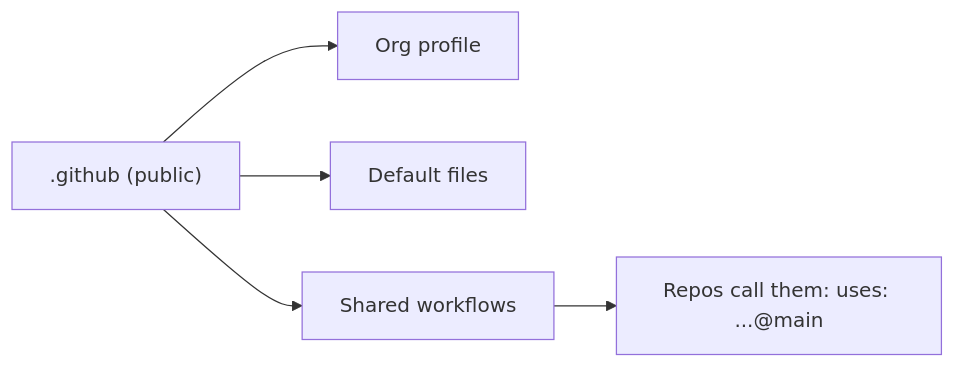
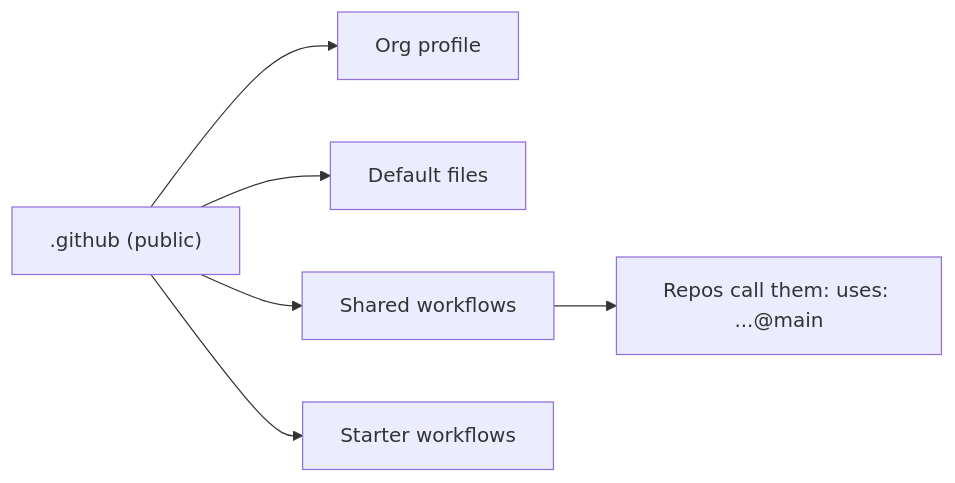
Before and after one commit to SoulCraft-Org/.github: the diagram in README.md, drawn with Mermaid. The commit also changed other lines of this file and 22 other files, not shown here.

````diff
--- a/README.md
+++ b/README.md
@@ -5,5 +5,5 @@
 ```mermaid
 flowchart LR
-  R[".github (public)"] --> P[Org profile] & D[Default files] & W[Shared workflows]
+  R[".github (public)"] --> P[Org profile] & D[Default files] & W[Shared workflows] & T[Starter workflows]
   W --> C["Repos call them: uses: ...@main"]
 ```
````
